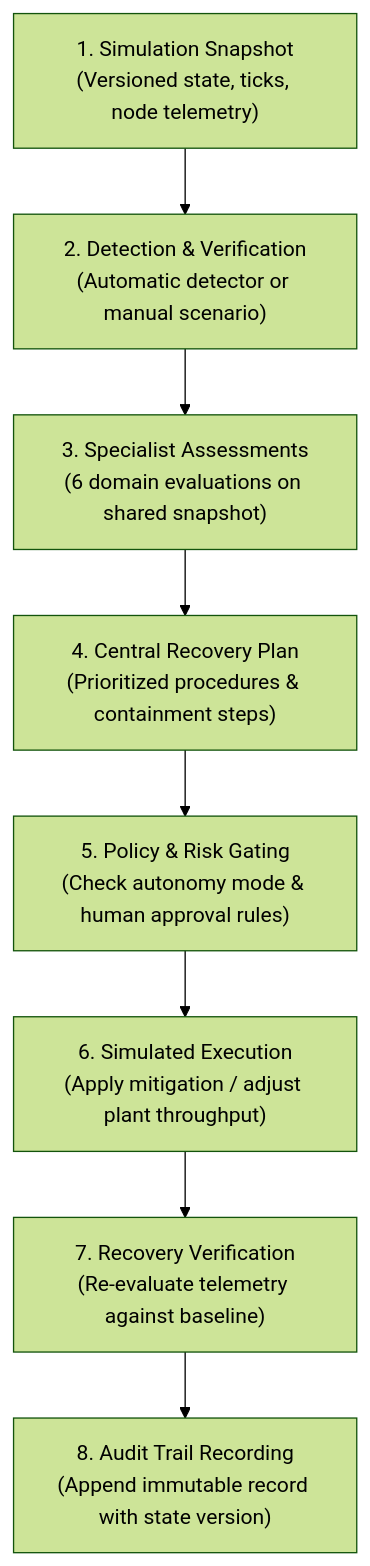
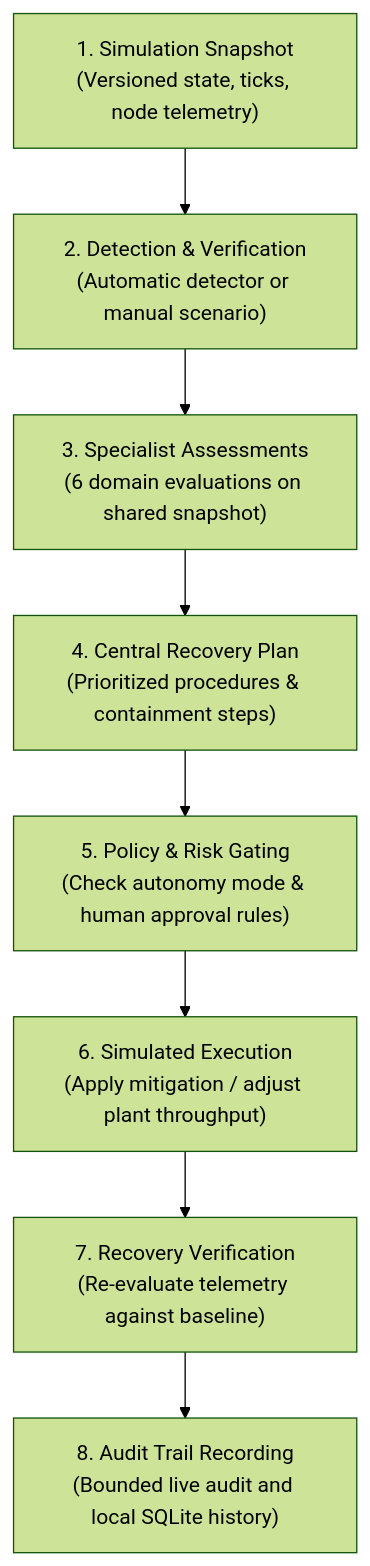
The first of 2 diagrams in docs-site/task-3-acamis/architecture.md (prabhasb06/steelsim), drawn with Mermaid (forest theme) before and after one commit. The commit also changed other lines of this file and 20 other files, not shown here.

```diff
--- a/docs-site/task-3-acamis/architecture.md
+++ b/docs-site/task-3-acamis/architecture.md
@@ -11,19 +11,19 @@
 <pre class="mermaid">
 flowchart TD
     Snapshot["1. Simulation Snapshot<br/>(Versioned state, ticks, node telemetry)"]
     Detect["2. Detection & Verification<br/>(Automatic detector or manual scenario)"]
     Assess["3. Specialist Assessments<br/>(6 domain evaluations on shared snapshot)"]
     Plan["4. Central Recovery Plan<br/>(Prioritized procedures & containment steps)"]
     Gate["5. Policy & Risk Gating<br/>(Check autonomy mode & human approval rules)"]
     Execute["6. Simulated Execution<br/>(Apply mitigation / adjust plant throughput)"]
     Verify["7. Recovery Verification<br/>(Re-evaluate telemetry against baseline)"]
-    Audit["8. Audit Trail Recording<br/>(Append immutable record with state version)"]
+    Audit["8. Audit Trail Recording<br/>(Bounded live audit and local SQLite history)"]
 
     Snapshot --> Detect
     Detect --> Assess
     Assess --> Plan
     Plan --> Gate
     Gate --> Execute
     Execute --> Verify
     Verify --> Audit
 </pre>
```
